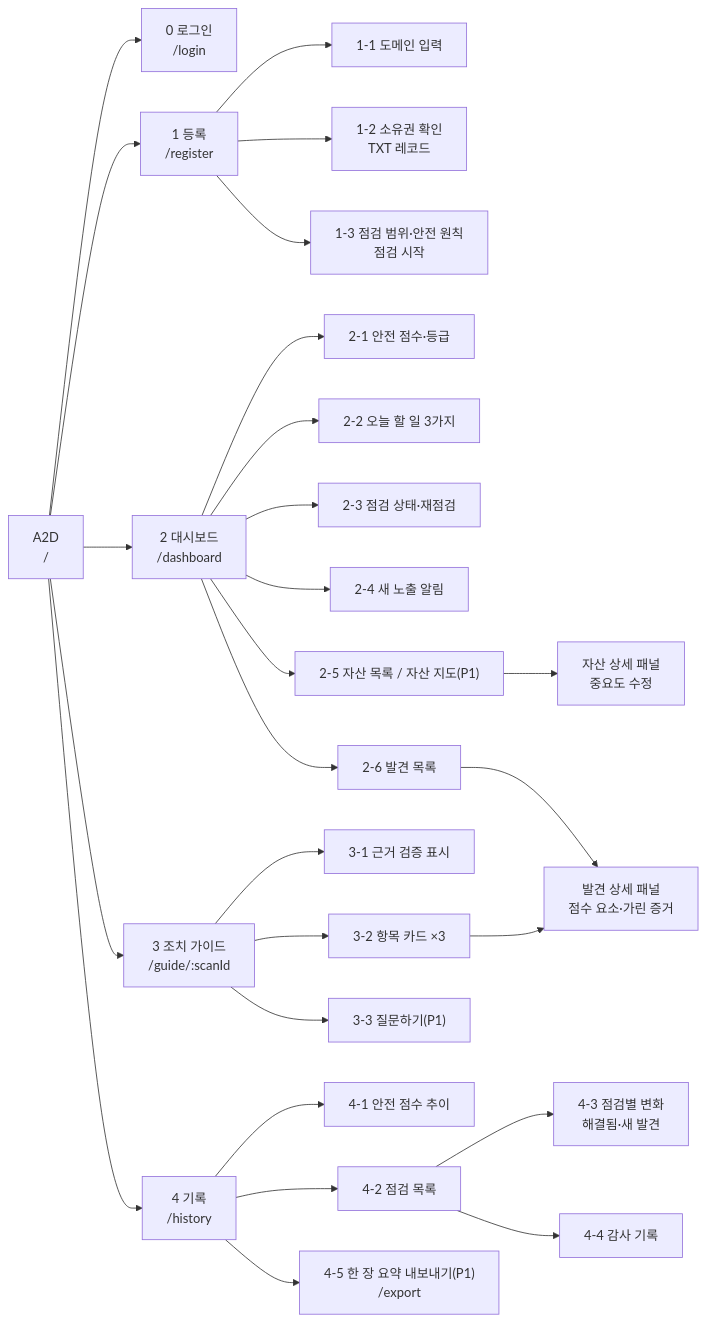
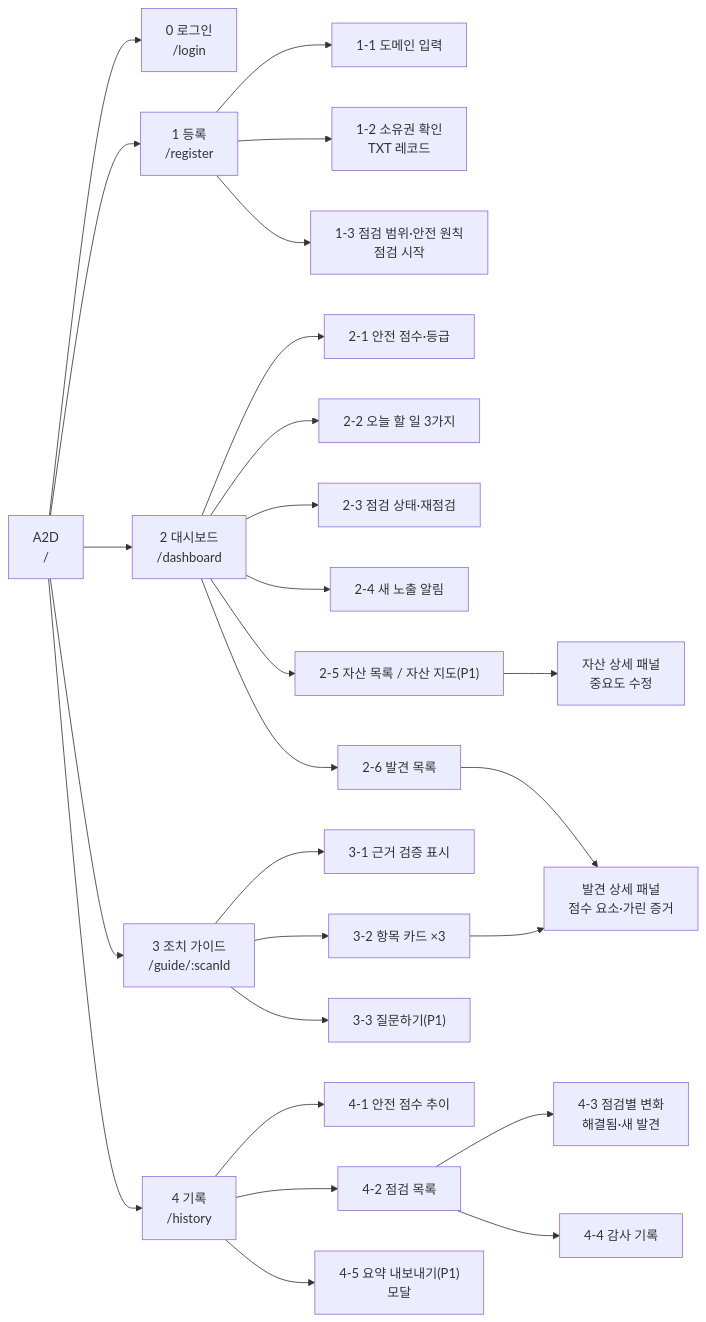
Before and after one commit to unexpected-hackathon/A2D: the first of 2 diagrams in docs/A2D_정보구조도.md, drawn with Mermaid. The commit also changed other lines of this file and 32 other files, not shown here.

````diff
--- a/docs/A2D_정보구조도.md
+++ b/docs/A2D_정보구조도.md
@@ -9,32 +9,32 @@
 ```mermaid
 flowchart LR
   ROOT["A2D<br/>/"] --> LOGIN["0 로그인<br/>/login"]
   ROOT --> REG["1 등록<br/>/register"]
   ROOT --> DASH["2 대시보드<br/>/dashboard"]
   ROOT --> REP["3 조치 가이드<br/>/guide/:scanId"]
   ROOT --> HIS["4 기록<br/>/history"]
 
   REG --> R1["1-1 도메인 입력"]
   REG --> R2["1-2 소유권 확인<br/>TXT 레코드"]
   REG --> R3["1-3 점검 범위·안전 원칙<br/>점검 시작"]
 
   DASH --> D1["2-1 안전 점수·등급"]
   DASH --> D2["2-2 오늘 할 일 3가지"]
   DASH --> D3["2-3 점검 상태·재점검"]
   DASH --> D4["2-4 새 노출 알림"]
   DASH --> D5["2-5 자산 목록 / 자산 지도(P1)"]
   DASH --> D6["2-6 발견 목록"]
   D5 --> D5P["자산 상세 패널<br/>중요도 수정"]
   D6 --> FP["발견 상세 패널<br/>점수 요소·가린 증거"]
 
   REP --> P1["3-1 근거 검증 표시"]
   REP --> P2["3-2 항목 카드 ×3"]
   REP --> P3["3-3 질문하기(P1)"]
   P2 --> FP
 
   HIS --> H1["4-1 안전 점수 추이"]
   HIS --> H2["4-2 점검 목록"]
   H2 --> H3["4-3 점검별 변화<br/>해결됨·새 발견"]
   H2 --> H4["4-4 감사 기록"]
-  HIS --> H5["4-5 한 장 요약 내보내기(P1)<br/>/export"]
+  HIS --> H5["4-5 요약 내보내기(P1)<br/>모달"]
 ```
````
